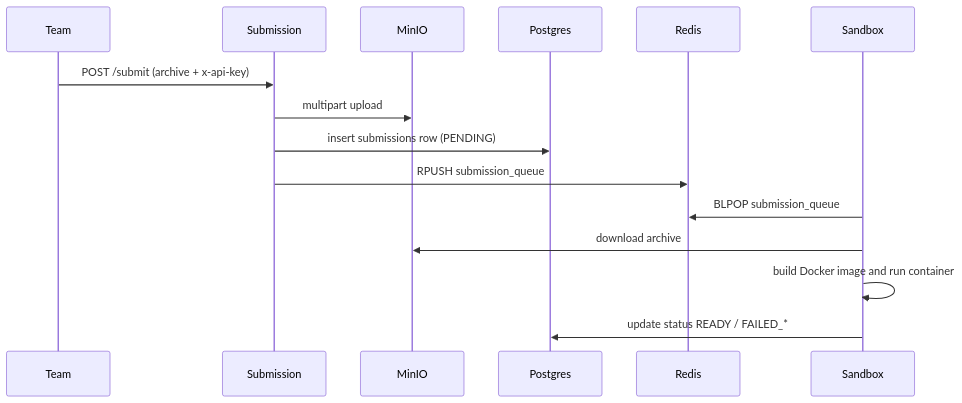
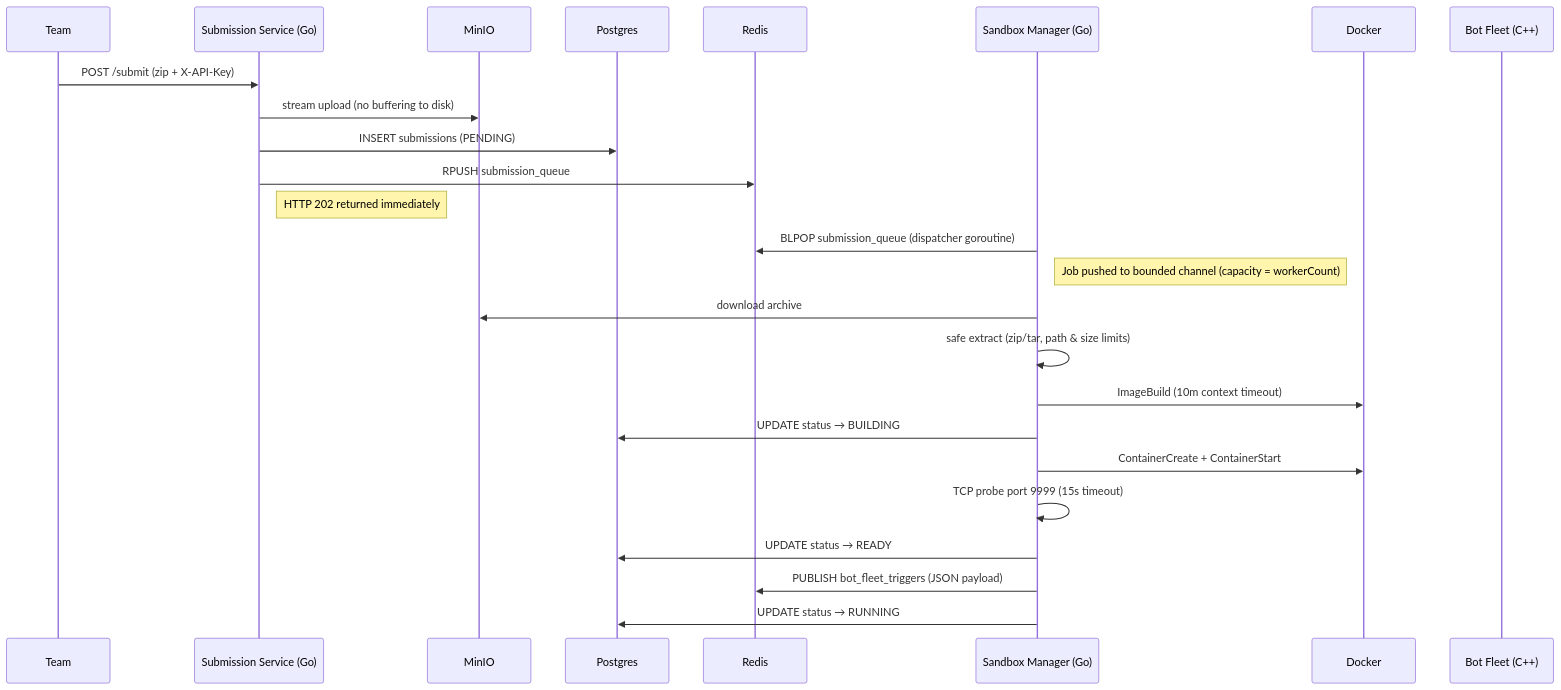
One commit to Kartikay-0111/Veltrix changed the second of 3 diagrams in ARCHITECTURE.md. Above: the diagram before and after it, drawn with Mermaid. The commit also changed other lines of this file and 68 other files, not shown here.

Commit message:
refactor: rewrite submission-service and sandbox-manager in Go and update infrastructure configuration

````diff
--- a/ARCHITECTURE.md
+++ b/ARCHITECTURE.md
@@ -48,17 +50,29 @@
 ```mermaid
 sequenceDiagram
   participant Team
-  participant Submission
+  participant Submission as Submission Service (Go)
   participant MinIO
   participant Postgres
   participant Redis
-  participant Sandbox
-  Team->>Submission: POST /submit (archive + x-api-key)
-  Submission->>MinIO: multipart upload
-  Submission->>Postgres: insert submissions row (PENDING)
+  participant Sandbox as Sandbox Manager (Go)
+  participant Docker
+  participant Fleet as Bot Fleet (C++)
+
+  Team->>Submission: POST /submit (zip + X-API-Key)
+  Submission->>MinIO: stream upload (no buffering to disk)
+  Submission->>Postgres: INSERT submissions (PENDING)
   Submission->>Redis: RPUSH submission_queue
-  Sandbox->>Redis: BLPOP submission_queue
+  Note right of Submission: HTTP 202 returned immediately
+
+  Sandbox->>Redis: BLPOP submission_queue (dispatcher goroutine)
+  Note right of Sandbox: Job pushed to bounded channel (capacity = workerCount)
   Sandbox->>MinIO: download archive
-  Sandbox->>Sandbox: build Docker image and run container
-  Sandbox->>Postgres: update status READY / FAILED_*
+  Sandbox->>Sandbox: safe extract (zip/tar, path & size limits)
+  Sandbox->>Docker: ImageBuild (10m context timeout)
+  Sandbox->>Postgres: UPDATE status → BUILDING
+  Sandbox->>Docker: ContainerCreate + ContainerStart
+  Sandbox->>Sandbox: TCP probe port 9999 (15s timeout)
+  Sandbox->>Postgres: UPDATE status → READY
+  Sandbox->>Redis: PUBLISH bot_fleet_triggers (JSON payload)
+  Sandbox->>Postgres: UPDATE status → RUNNING
 ```
````
